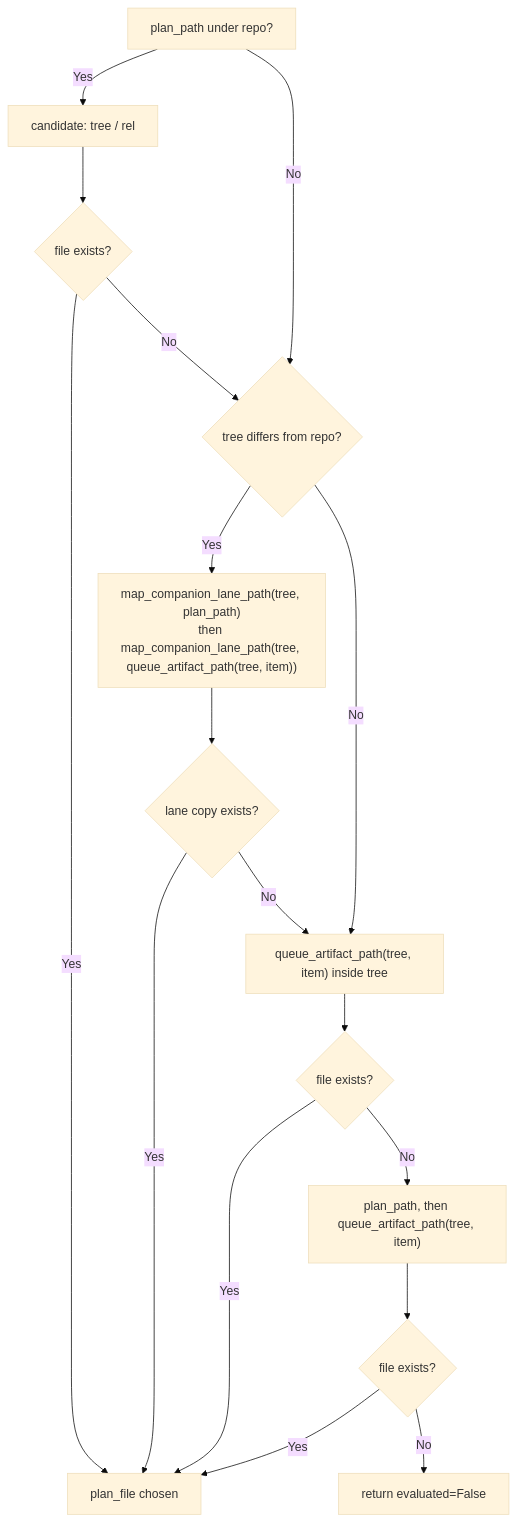
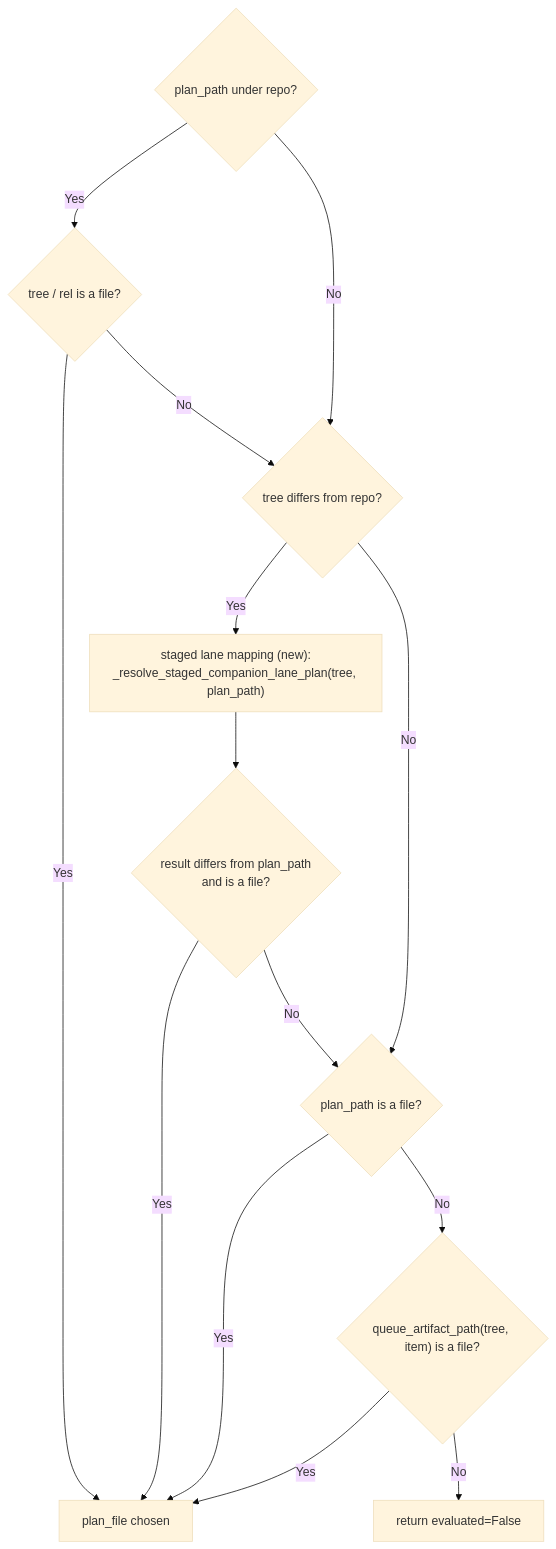
Before and after one commit to fariello/agent-workflows: the diagram in .aw/records/plans/pending/20261121-es4blt-01-wknwwz-read-the-lane-copy-of-an-orchestrator-plan-in-the-review-rea.ipd.md, drawn with Mermaid (base theme). The commit also changed other lines of this file and 1 other file, not shown here.

First line of the commit message:
plan-review: harden wknwwz (revisions applied)

````diff
--- a/.aw/records/plans/pending/20261121-es4blt-01-wknwwz-read-the-lane-copy-of-an-orchestrator-plan-in-the-review-rea.ipd.md
+++ b/.aw/records/plans/pending/20261121-es4blt-01-wknwwz-read-the-lane-copy-of-an-orchestrator-plan-in-the-review-rea.ipd.md
@@ -100,19 +118,16 @@
 ```mermaid
 flowchart TD
-    A["plan_path under repo?"] -->|Yes| B["candidate: tree / rel"]
+    A{"plan_path under repo?"} -->|Yes| B{"tree / rel is a file?"}
     A -->|No| C{"tree differs from repo?"}
-    B --> B2{"file exists?"}
-    B2 -->|Yes| Z["plan_file chosen"]
-    B2 -->|No| C
-    C -->|Yes| D["map_companion_lane_path(tree, plan_path)<br/>then map_companion_lane_path(tree, queue_artifact_path(tree, item))"]
-    C -->|No| E["queue_artifact_path(tree, item) inside tree"]
-    D --> D2{"lane copy exists?"}
+    B -->|Yes| Z["plan_file chosen"]
+    B -->|No| C
+    C -->|Yes| D["staged lane mapping (new):<br/>_resolve_staged_companion_lane_plan(tree, plan_path)"]
+    C -->|No| F
+    D --> D2{"result differs from plan_path<br/>and is a file?"}
     D2 -->|Yes| Z
-    D2 -->|No| E
-    E --> E2{"file exists?"}
-    E2 -->|Yes| Z
-    E2 -->|No| F["plan_path, then queue_artifact_path(tree, item)"]
-    F --> F2{"file exists?"}
-    F2 -->|Yes| Z
-    F2 -->|No| G["return evaluated=False"]
+    D2 -->|No| F{"plan_path is a file?"}
+    F -->|Yes| Z
+    F -->|No| E{"queue_artifact_path(tree, item) is a file?"}
+    E -->|Yes| Z
+    E -->|No| G["return evaluated=False"]
 ```
````
